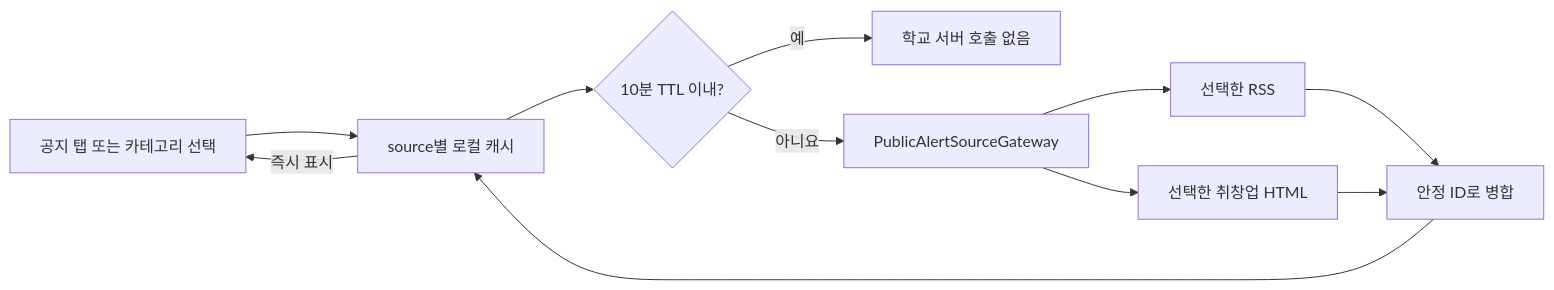
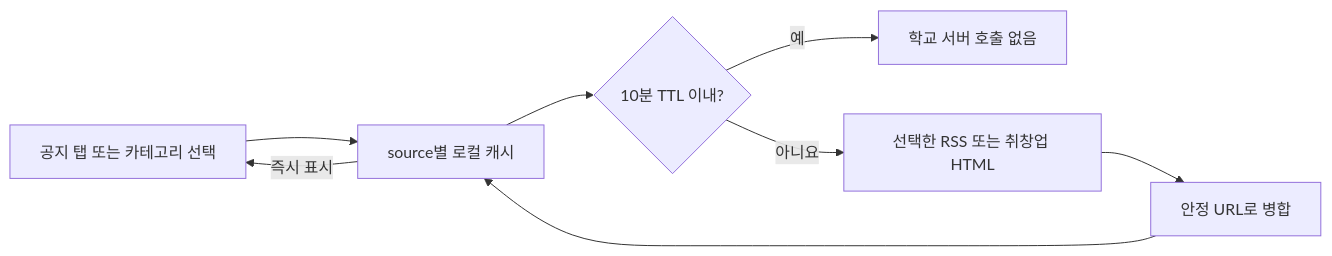
One commit to Turtle-Hwan/LinKU changed the diagram in docs/ARCHITECTURE.md. Above: the diagram before and after it, drawn with Mermaid. The commit also changed other lines of this file, not shown here.

````diff
--- a/docs/ARCHITECTURE.md
+++ b/docs/ARCHITECTURE.md
@@ -226,13 +226,10 @@
 ```mermaid
 flowchart LR
   UI["공지 탭 또는 카테고리 선택"] --> Cache["source별 로컬 캐시"]
   Cache -->|"즉시 표시"| UI
   Cache --> Fresh{"10분 TTL 이내?"}
   Fresh -->|"예"| Stop["학교 서버 호출 없음"]
-  Fresh -->|"아니요"| Gateway["PublicAlertSourceGateway"]
-  Gateway --> RSS["선택한 RSS"]
-  Gateway --> Career["선택한 취창업 HTML"]
-  RSS --> Merge["안정 ID로 병합"]
-  Career --> Merge
+  Fresh -->|"아니요"| Source["선택한 RSS 또는 취창업 HTML"]
+  Source --> Merge["안정 URL로 병합"]
   Merge --> Cache
 ```
````
